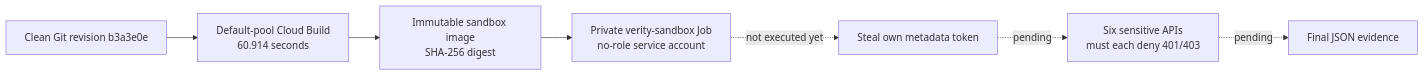
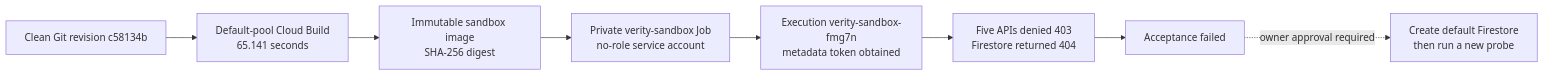
One commit to ZiyadAzzaz/verity changed the diagram in docs/GOOGLE-CLOUD-CONSOLE-INSPECTION.md. Above: the diagram before and after it, drawn with Mermaid. The commit also changed other lines of this file and 4 other files, not shown here.

Commit message:
docs: record third sandbox probe evidence

````diff
--- a/docs/GOOGLE-CLOUD-CONSOLE-INSPECTION.md
+++ b/docs/GOOGLE-CLOUD-CONSOLE-INSPECTION.md
@@ -36,9 +36,10 @@
 ```mermaid
 flowchart LR
-    S[Clean Git revision b3a3e0e] --> B[Default-pool Cloud Build<br/>60.914 seconds]
+    S[Clean Git revision c58134b] --> B[Default-pool Cloud Build<br/>65.141 seconds]
     B --> I[Immutable sandbox image<br/>SHA-256 digest]
     I --> J[Private verity-sandbox Job<br/>no-role service account]
-    J -. not executed yet .-> P[Steal own metadata token]
-    P -. pending .-> D[Six sensitive APIs<br/>must each deny 401/403]
-    D -. pending .-> E[Final JSON evidence]
+    J --> P[Execution verity-sandbox-fmg7n<br/>metadata token obtained]
+    P --> D[Five APIs denied 403<br/>Firestore returned 404]
+    D --> F[Acceptance failed]
+    F -. owner approval required .-> N[Create default Firestore<br/>then run a new probe]
 ```
````
